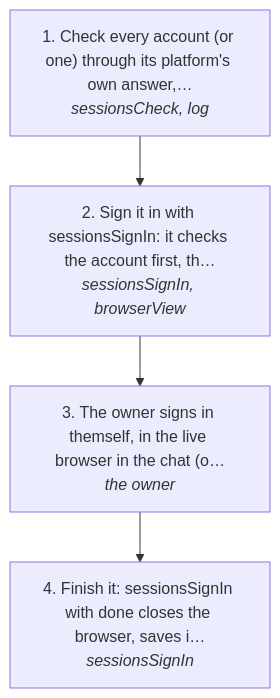
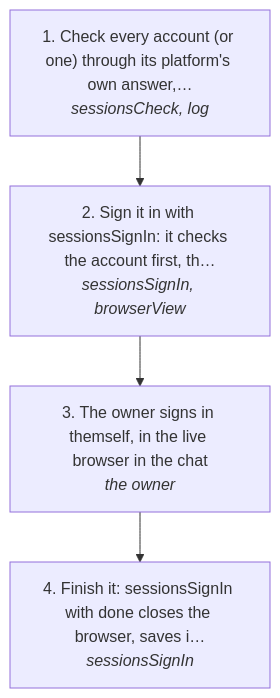
Before and after one commit to aggelos-pappas/log: the diagram in docs/useCases/inbox/signIn.md, drawn with Mermaid. The commit also changed other lines of this file and 67 other files, not shown here.

````diff
--- a/docs/useCases/inbox/signIn.md
+++ b/docs/useCases/inbox/signIn.md
@@ -14,10 +14,10 @@
 ```mermaid
 flowchart TD
   s0["1. Check every account (or one) through its platform's own answer,…<br/><i>sessionsCheck, log</i>"]
   s1["2. Sign it in with sessionsSignIn: it checks the account first, th…<br/><i>sessionsSignIn, browserView</i>"]
-  s2["3. The owner signs in themself, in the live browser in the chat (o…<br/><i>the owner</i>"]
+  s2["3. The owner signs in themself, in the live browser in the chat<br/><i>the owner</i>"]
   s3["4. Finish it: sessionsSignIn with done closes the browser, saves i…<br/><i>sessionsSignIn</i>"]
   s0 --> s1
   s1 --> s2
   s2 --> s3
 ```
````
